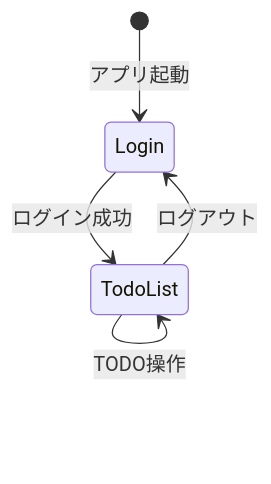
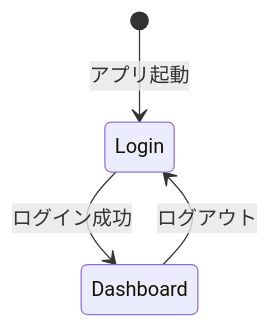
One commit to TomokiIshimine/fullstack-app-with-claude changed the second of 2 diagrams in docs/03_feature-list.md. Above: the diagram before and after it, drawn with Mermaid. The commit also changed other lines of this file and 17 other files, not shown here.

````diff
--- a/docs/03_feature-list.md
+++ b/docs/03_feature-list.md
@@ -174,7 +123,6 @@
 ```mermaid
 stateDiagram-v2
     [*] --> Login: アプリ起動
-    Login --> TodoList: ログイン成功
-    TodoList --> Login: ログアウト
-    TodoList --> TodoList: TODO操作
+    Login --> Dashboard: ログイン成功
+    Dashboard --> Login: ログアウト
 ```
````
